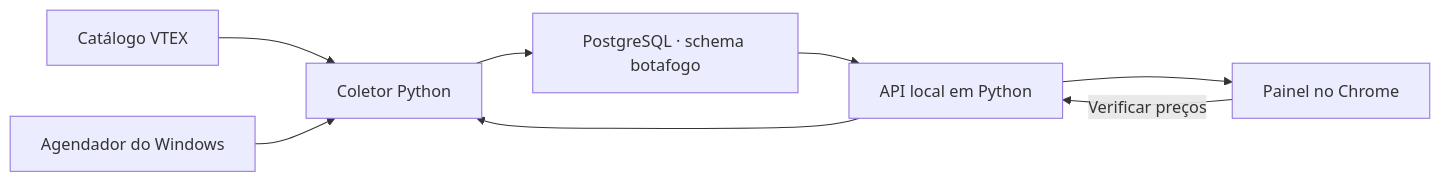
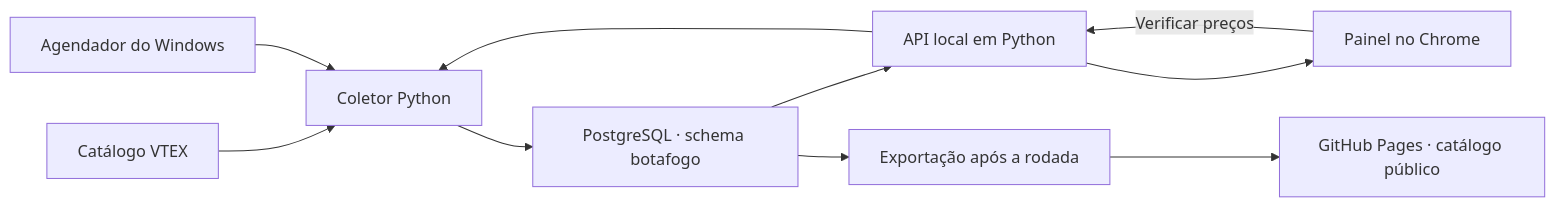
Before and after one commit to rodrigoaraujoufrj-bit/botafogo_store: the diagram in README.md, drawn with Mermaid. The commit also changed other lines of this file and 5 other files, not shown here.

````diff
--- a/README.md
+++ b/README.md
@@ -22,10 +22,12 @@
 ```mermaid
 flowchart LR
     VTEX["Catálogo VTEX"] --> Coletor["Coletor Python"]
     Windows["Agendador do Windows"] --> Coletor
     Coletor --> PG["PostgreSQL · schema botafogo"]
     PG --> API["API local em Python"]
     API --> Chrome["Painel no Chrome"]
+    PG --> Exportador["Exportação após a rodada"]
+    Exportador --> Pages["GitHub Pages · catálogo público"]
     Chrome -->|Verificar preços| API
     API --> Coletor
 ```
````
